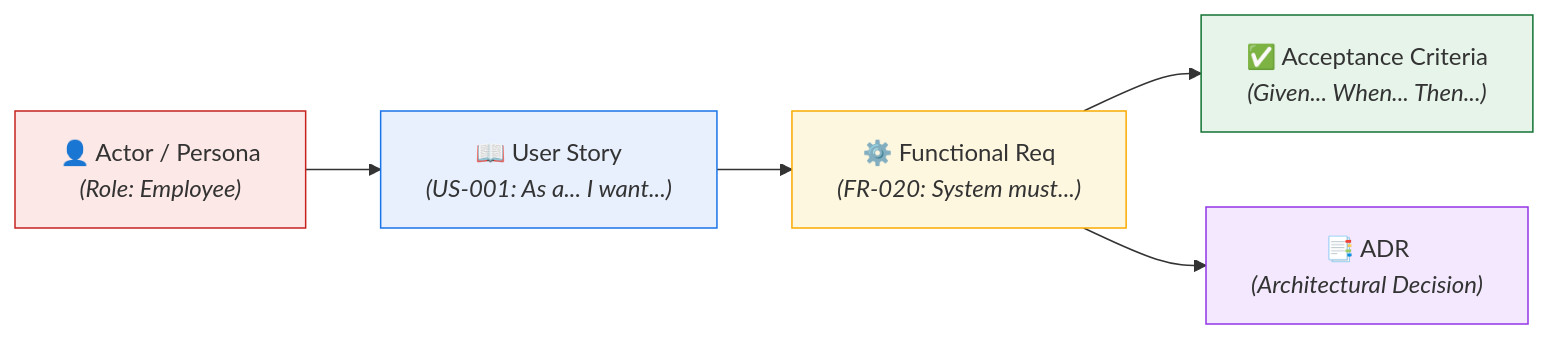
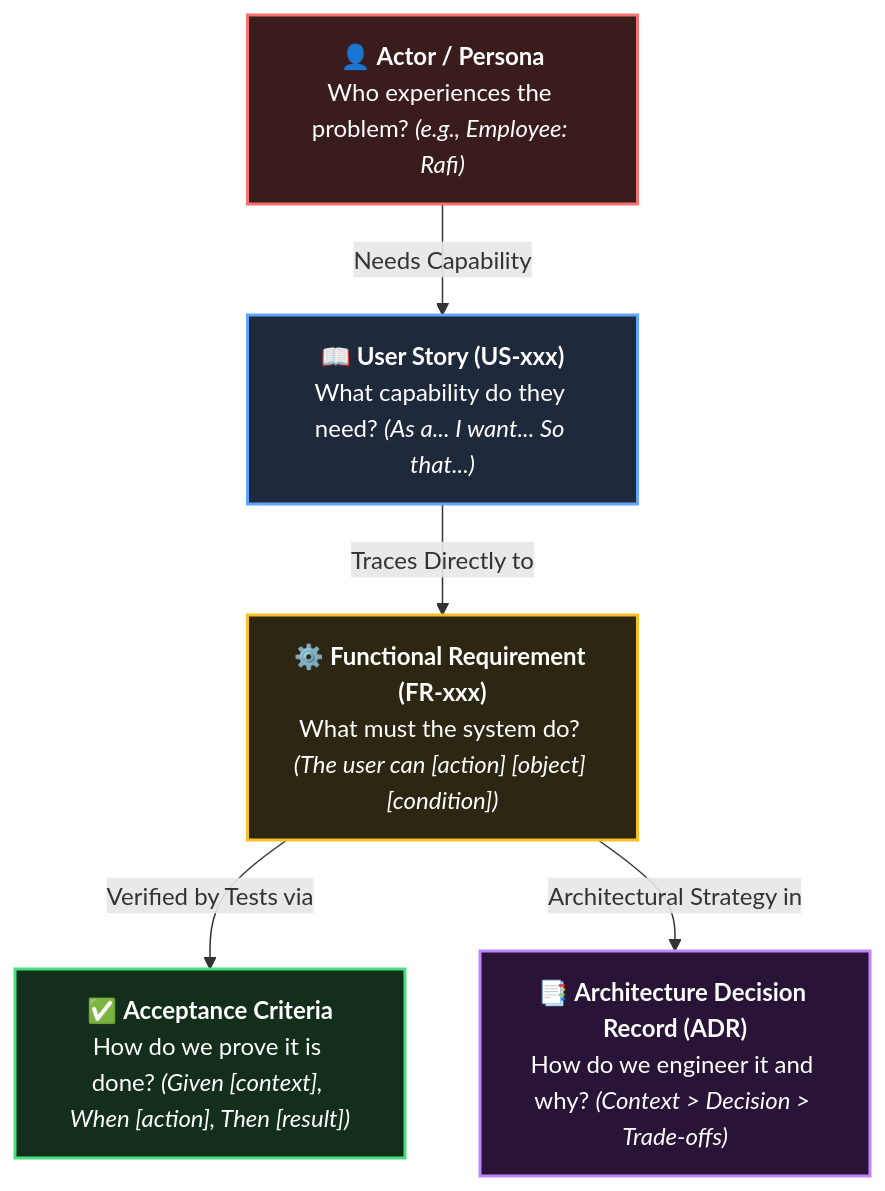
Before and after one commit to awoladhossain/OpsPilot: the fifth of 6 diagrams in docs/00-how-to-write-docs.md, drawn with Mermaid. The commit also changed other lines of this file, not shown here.

Commit message:
docs: redesign Mermaid diagrams with high-contrast colors and vertical layout for readability

````diff
--- a/docs/00-how-to-write-docs.md
+++ b/docs/00-how-to-write-docs.md
@@ -135,13 +147,19 @@
 ```mermaid
-flowchart LR
-  Actor["👤 Actor / Persona<br><i>(Role: Employee)</i>"] --> Story["📖 User Story<br><i>(US-001: As a... I want...)</i>"]
-  Story --> FR["⚙️ Functional Req<br><i>(FR-020: System must...)</i>"]
-  FR --> AC["✅ Acceptance Criteria<br><i>(Given... When... Then...)</i>"]
-  FR --> ADR["📑 ADR<br><i>(Architectural Decision)</i>"]
+flowchart TD
+  Actor["👤 <b>Actor / Persona</b><br/>Who experiences the problem? <i>(e.g., Employee: Rafi)</i>"]
+  Story["📖 <b>User Story (US-xxx)</b><br/>What capability do they need? <i>(As a... I want... So that...)</i>"]
+  FR["⚙️ <b>Functional Requirement (FR-xxx)</b><br/>What must the system do? <i>(The user can [action] [object] [condition])</i>"]
+  AC["✅ <b>Acceptance Criteria</b><br/>How do we prove it is done? <i>(Given [context], When [action], Then [result])</i>"]
+  ADR["📑 <b>Architecture Decision Record (ADR)</b><br/>How do we engineer it and why? <i>(Context > Decision > Trade-offs)</i>"]
 
-  style Actor fill:#fce8e6,stroke:#c5221f
-  style Story fill:#e8f0fe,stroke:#1a73e8
-  style FR fill:#fef7e0,stroke:#f9ab00
-  style AC fill:#e6f4ea,stroke:#137333
-  style ADR fill:#f3e8fd,stroke:#9334e6
+  Actor -->|Needs Capability| Story
+  Story -->|Traces Directly to| FR
+  FR -->|Verified by Tests via| AC
+  FR -->|Architectural Strategy in| ADR
+
+  style Actor fill:#3b1c1c,stroke:#f87171,stroke-width:2px,color:#ffffff
+  style Story fill:#1e293b,stroke:#60a5fa,stroke-width:2px,color:#ffffff
+  style FR fill:#2d2613,stroke:#fbbf24,stroke-width:2px,color:#ffffff
+  style AC fill:#132e1b,stroke:#4ade80,stroke-width:2px,color:#ffffff
+  style ADR fill:#291438,stroke:#c084fc,stroke-width:2px,color:#ffffff
 ```
````
